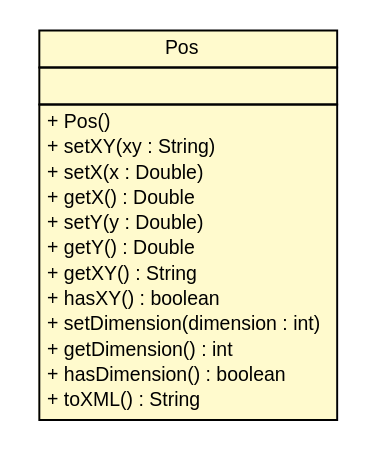
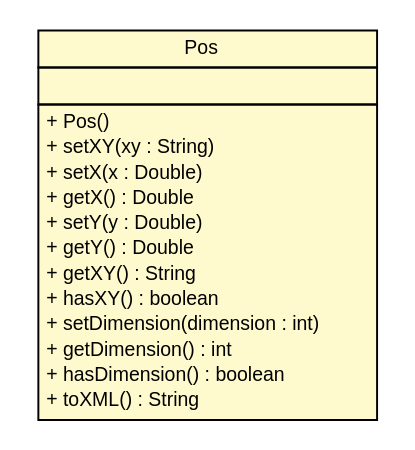
One commit to geozet/openls-databinding changed the diagram in apidocs/nl/geozet/openls/databinding/gml/Pos.dot. Above: the diagram before and after it, drawn with Graphviz. The commit also changed 307 other files, not shown here.

```diff
--- a/apidocs/nl/geozet/openls/databinding/gml/Pos.dot
+++ b/apidocs/nl/geozet/openls/databinding/gml/Pos.dot
@@ -1,35 +1,35 @@
 #!/usr/local/bin/dot
 #
 # Class diagram 
 # Generated by UMLGraph version R5_6-24-gf6e263 (http://www.umlgraph.org/)
 #
 
 digraph G {
-	edge [fontname="arial",fontsize=10,labelfontname="arial",labelfontsize=10];
-	node [fontname="arial",fontsize=10,shape=plaintext];
+	edge [fontname="Helvetica",fontsize=10,labelfontname="Helvetica",labelfontsize=10];
+	node [fontname="Helvetica",fontsize=10,shape=plaintext];
 	nodesep=0.25;
 	ranksep=0.5;
 	// nl.geozet.openls.databinding.gml.Pos
-	c298 [label=<<table title="nl.geozet.openls.databinding.gml.Pos" border="0" cellborder="1" cellspacing="0" cellpadding="2" port="p" bgcolor="lemonChiffon" href="./Pos.html">
+	c301 [label=<<table title="nl.geozet.openls.databinding.gml.Pos" border="0" cellborder="1" cellspacing="0" cellpadding="2" port="p" bgcolor="lemonChiffon" href="./Pos.html">
 		<tr><td><table border="0" cellspacing="0" cellpadding="1">
 <tr><td align="center" balign="center"> Pos </td></tr>
 		</table></td></tr>
 		<tr><td><table border="0" cellspacing="0" cellpadding="1">
 <tr><td align="left" balign="left">  </td></tr>
 		</table></td></tr>
 		<tr><td><table border="0" cellspacing="0" cellpadding="1">
 <tr><td align="left" balign="left"> + Pos() </td></tr>
 <tr><td align="left" balign="left"> + setXY(xy : String) </td></tr>
 <tr><td align="left" balign="left"> + setX(x : Double) </td></tr>
 <tr><td align="left" balign="left"> + getX() : Double </td></tr>
 <tr><td align="left" balign="left"> + setY(y : Double) </td></tr>
 <tr><td align="left" balign="left"> + getY() : Double </td></tr>
 <tr><td align="left" balign="left"> + getXY() : String </td></tr>
 <tr><td align="left" balign="left"> + hasXY() : boolean </td></tr>
 <tr><td align="left" balign="left"> + setDimension(dimension : int) </td></tr>
 <tr><td align="left" balign="left"> + getDimension() : int </td></tr>
 <tr><td align="left" balign="left"> + hasDimension() : boolean </td></tr>
 <tr><td align="left" balign="left"> + toXML() : String </td></tr>
 		</table></td></tr>
-		</table>>, URL="./Pos.html", fontname="arial", fontcolor="black", fontsize=10.0];
+		</table>>, URL="./Pos.html", fontname="Helvetica", fontcolor="black", fontsize=10.0];
 }
```
